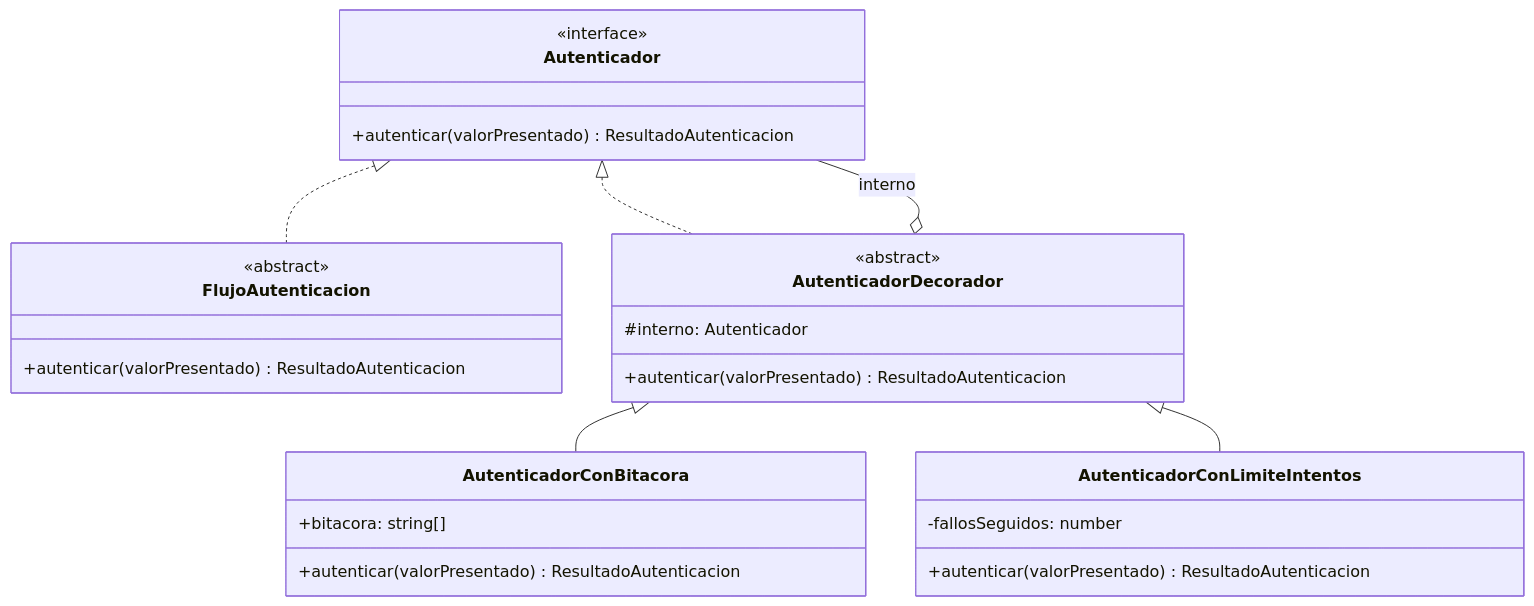
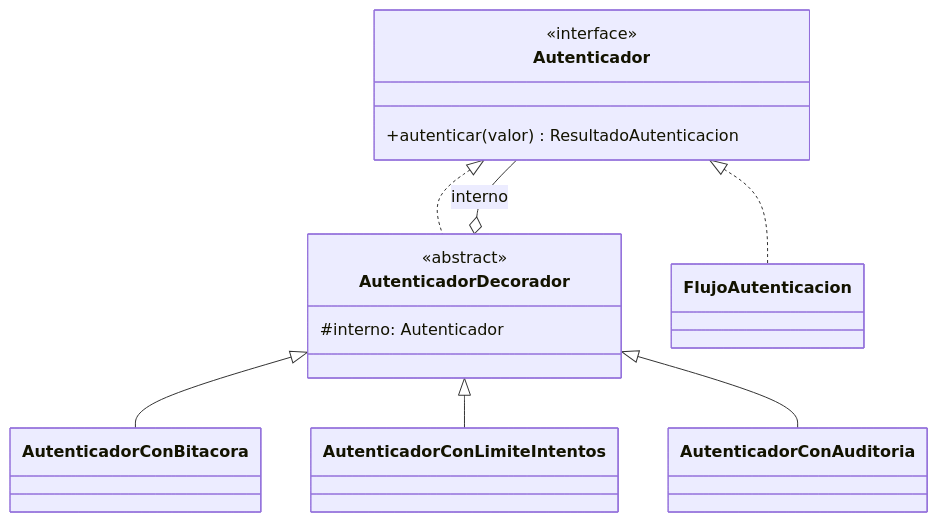
One commit to Jean0405/SistemaGestionDigital changed the fifth of 10 diagrams in README.md. Above: the diagram before and after it, drawn with Mermaid. The commit also changed other lines of this file and 18 other files, not shown here.

````diff
--- a/README.md
+++ b/README.md
@@ -1171,30 +305,17 @@
 ```mermaid
 classDiagram
     class Autenticador {
         <<interface>>
-        +autenticar(valorPresentado) ResultadoAutenticacion
-    }
-    class FlujoAutenticacion {
-        <<abstract>>
-        +autenticar(valorPresentado) ResultadoAutenticacion
+        +autenticar(valor) ResultadoAutenticacion
     }
     class AutenticadorDecorador {
         <<abstract>>
         #interno: Autenticador
-        +autenticar(valorPresentado) ResultadoAutenticacion
     }
-    class AutenticadorConBitacora {
-        +bitacora: string[]
-        +autenticar(valorPresentado) ResultadoAutenticacion
-    }
-    class AutenticadorConLimiteIntentos {
-        -fallosSeguidos: number
-        +autenticar(valorPresentado) ResultadoAutenticacion
-    }
-
     Autenticador <|.. FlujoAutenticacion
     Autenticador <|.. AutenticadorDecorador
     AutenticadorDecorador o-- Autenticador : interno
     AutenticadorDecorador <|-- AutenticadorConBitacora
     AutenticadorDecorador <|-- AutenticadorConLimiteIntentos
+    AutenticadorDecorador <|-- AutenticadorConAuditoria
 ```
````
